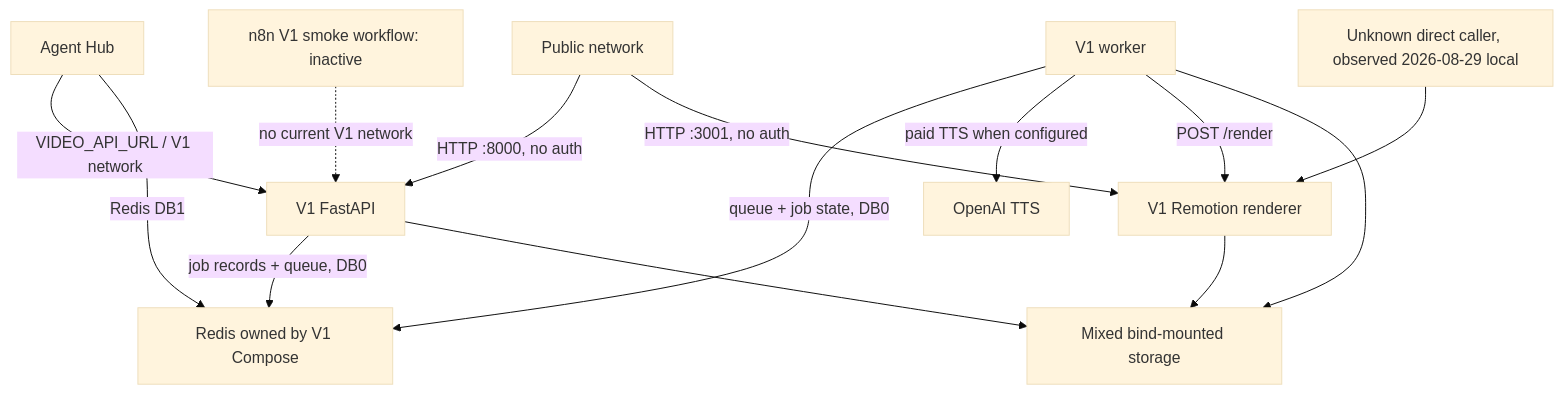
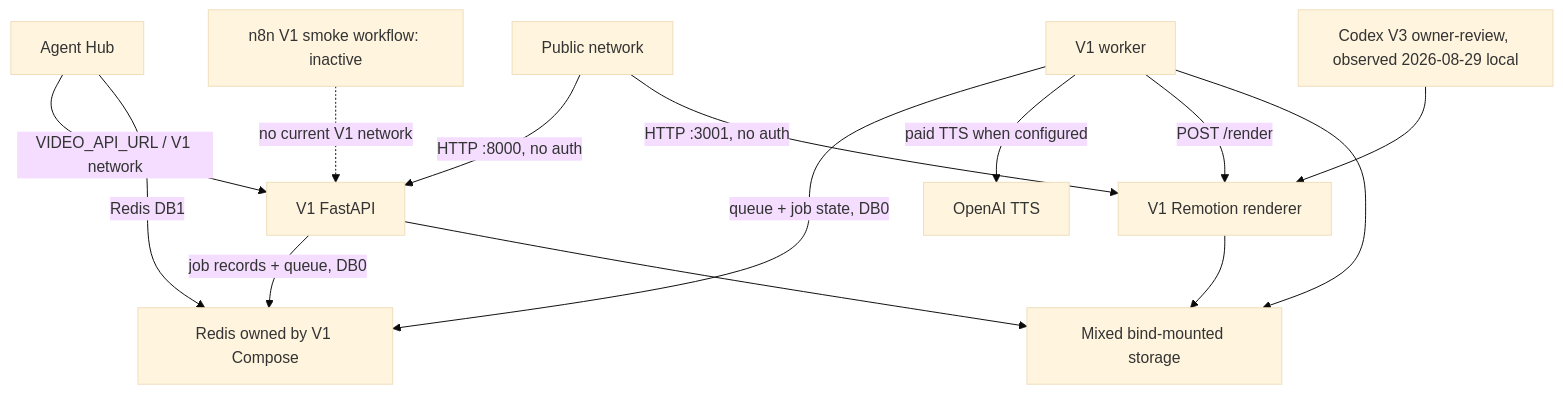
Before and after one commit to vangnguyen/npd-ai-video-factory: the diagram in docs/video-factory-v1-decommission/V1_DEPENDENCY_AUDIT.md, drawn with Mermaid (base theme). The commit also changed other lines of this file and 19 other files, not shown here.

````diff
--- a/docs/video-factory-v1-decommission/V1_DEPENDENCY_AUDIT.md
+++ b/docs/video-factory-v1-decommission/V1_DEPENDENCY_AUDIT.md
@@ -47,16 +49,16 @@
 ```mermaid
 flowchart TD
     Public[Public network] -->|HTTP :8000, no auth| API[V1 FastAPI]
     Public -->|HTTP :3001, no auth| Renderer[V1 Remotion renderer]
     AgentHub[Agent Hub] -->|VIDEO_API_URL / V1 network| API
     AgentHub -->|Redis DB1| Redis[Redis owned by V1 Compose]
     API -->|job records + queue, DB0| Redis
     Worker[V1 worker] -->|queue + job state, DB0| Redis
     Worker -->|paid TTS when configured| TTS[OpenAI TTS]
     Worker -->|POST /render| Renderer
     API --> Storage[Mixed bind-mounted storage]
     Worker --> Storage
     Renderer --> Storage
-    Unknown[Unknown direct caller, observed 2026-08-29 local] --> Renderer
+    CodexReview[Codex V3 owner-review, observed 2026-08-29 local] --> Renderer
     N8N[n8n V1 smoke workflow: inactive] -. no current V1 network .-> API
 ```
````
